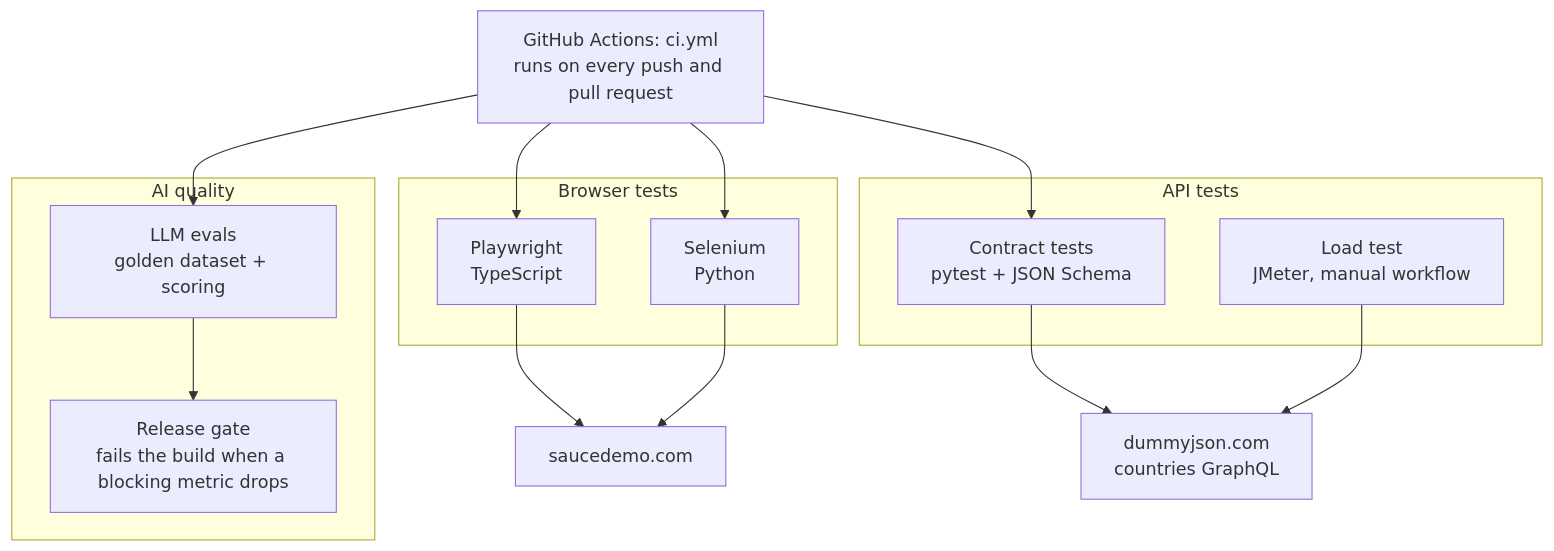
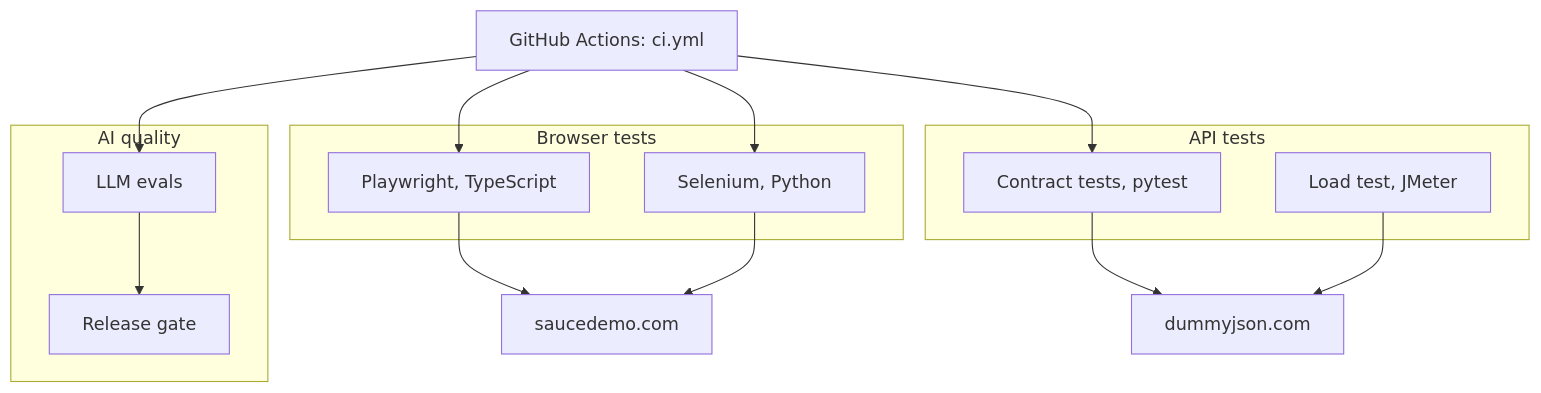
Before and after one commit to EarlFernandes/qa-automation-portfolio: the diagram in README.md, drawn with Mermaid. The commit also changed other lines of this file, not shown here.

````diff
--- a/README.md
+++ b/README.md
@@ -35,18 +35,18 @@
 ```mermaid
 flowchart TB
-    CI["GitHub Actions: ci.yml<br/>runs on every push and pull request"]
+    CI["GitHub Actions: ci.yml"]
     CI --> PW & SE & CT & EV
     subgraph UI["Browser tests"]
-        PW["Playwright<br/>TypeScript"]
-        SE["Selenium<br/>Python"]
+        PW["Playwright, TypeScript"]
+        SE["Selenium, Python"]
     end
     subgraph API["API tests"]
-        CT["Contract tests<br/>pytest + JSON Schema"]
-        JM["Load test<br/>JMeter, manual workflow"]
+        CT["Contract tests, pytest"]
+        JM["Load test, JMeter"]
     end
     subgraph AI["AI quality"]
-        EV["LLM evals<br/>golden dataset + scoring"] --> GT["Release gate<br/>fails the build when a blocking metric drops"]
+        EV["LLM evals"] --> GT["Release gate"]
     end
     PW & SE --> SITE["saucedemo.com"]
-    CT & JM --> DJ["dummyjson.com<br/>countries GraphQL"]
+    CT & JM --> DJ["dummyjson.com"]
 ```
````
